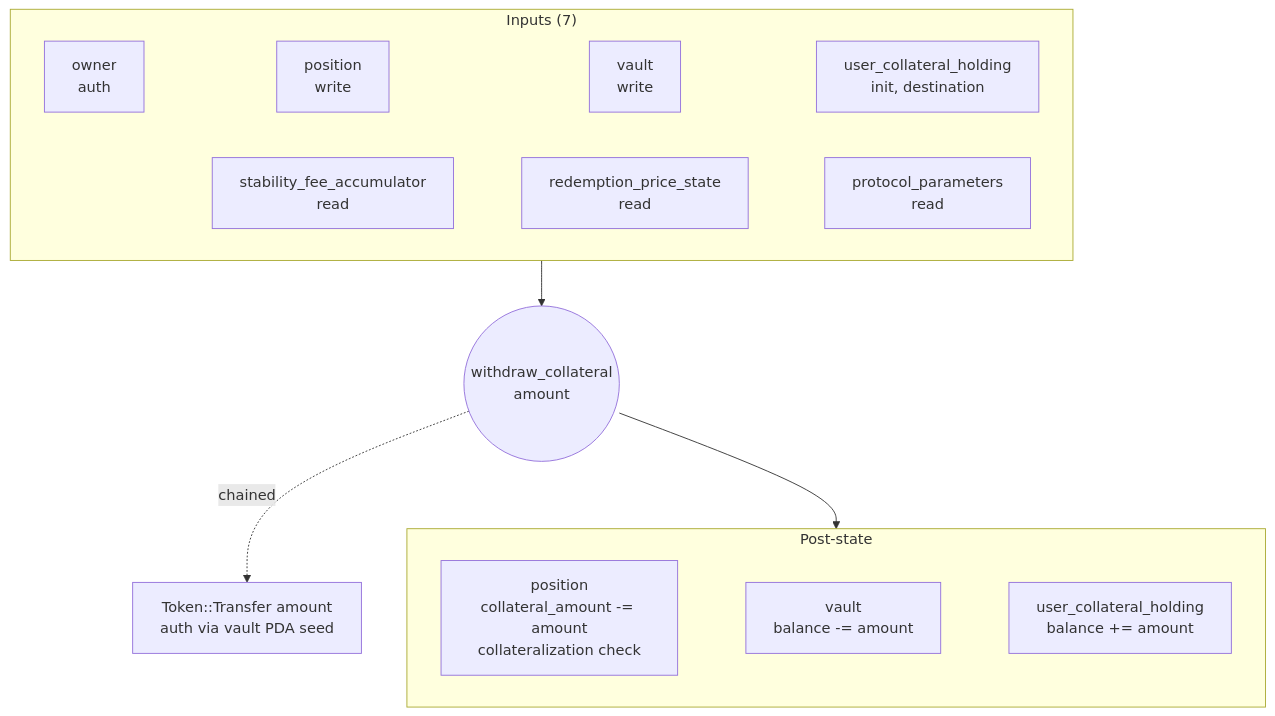
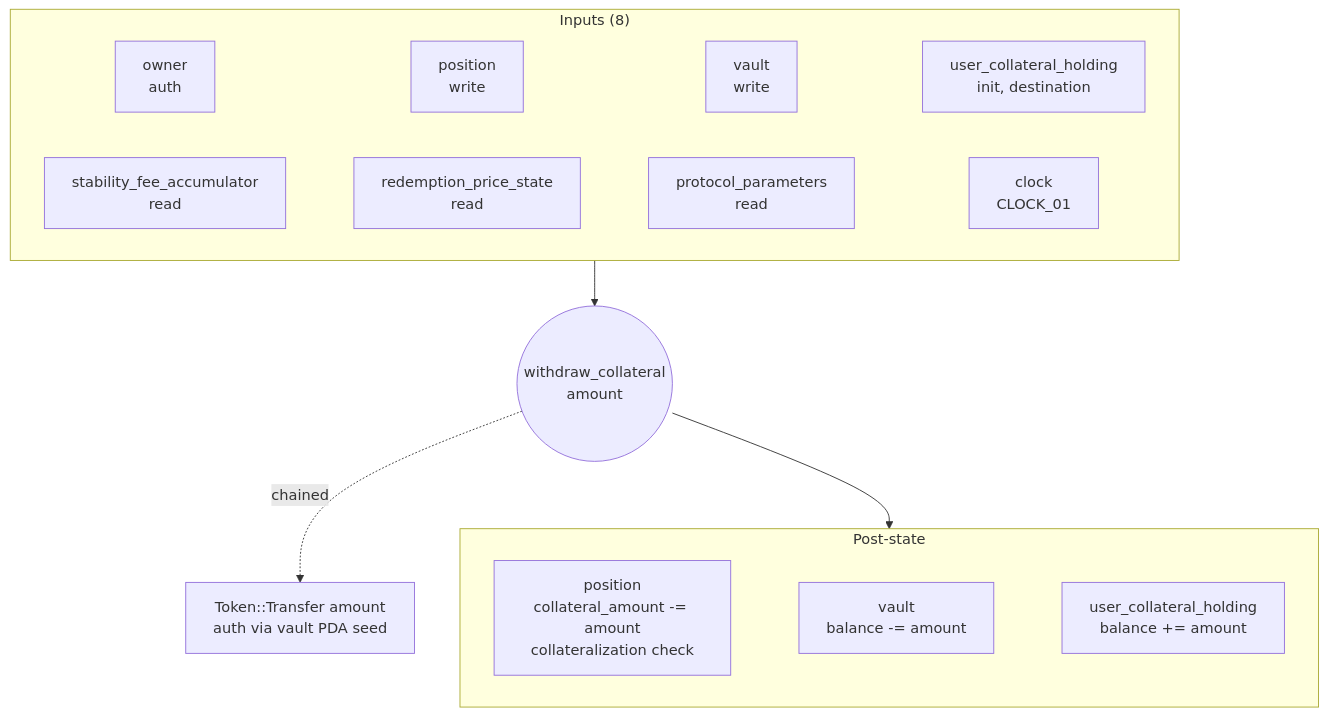
One commit to logos-blockchain/lez-programs changed the ninth of 14 diagrams in docs/stablecoin/README.md. Above: the diagram before and after it, drawn with Mermaid. The commit also changed other lines of this file, not shown here.

First line of the commit message:
docs(stablecoin): document the CLOCK_01 clock account

````diff
--- a/docs/stablecoin/README.md
+++ b/docs/stablecoin/README.md
@@ -926,13 +962,13 @@
 ```mermaid
 flowchart TD
-    subgraph In["Inputs (7)"]
+    subgraph In["Inputs (8)"]
         a1[owner<br/>auth] ~~~ a2[position<br/>write] ~~~ a3[vault<br/>write] ~~~ a4[user_collateral_holding<br/>init, destination]
-        a5[stability_fee_accumulator<br/>read] ~~~ a6[redemption_price_state<br/>read] ~~~ a7[protocol_parameters<br/>read]
+        a5[stability_fee_accumulator<br/>read] ~~~ a6[redemption_price_state<br/>read] ~~~ a7[protocol_parameters<br/>read] ~~~ a8[clock<br/>CLOCK_01]
     end
     subgraph Post["Post-state"]
         p1[position<br/>collateral_amount -= amount<br/>collateralization check] ~~~ p2[vault<br/>balance -= amount] ~~~ p3[user_collateral_holding<br/>balance += amount]
     end
     In --> Ins((withdraw_collateral<br/>amount))
     Ins --> Post
     Ins -.chained.-> C1[Token::Transfer amount<br/>auth via vault PDA seed]
 ```
````
